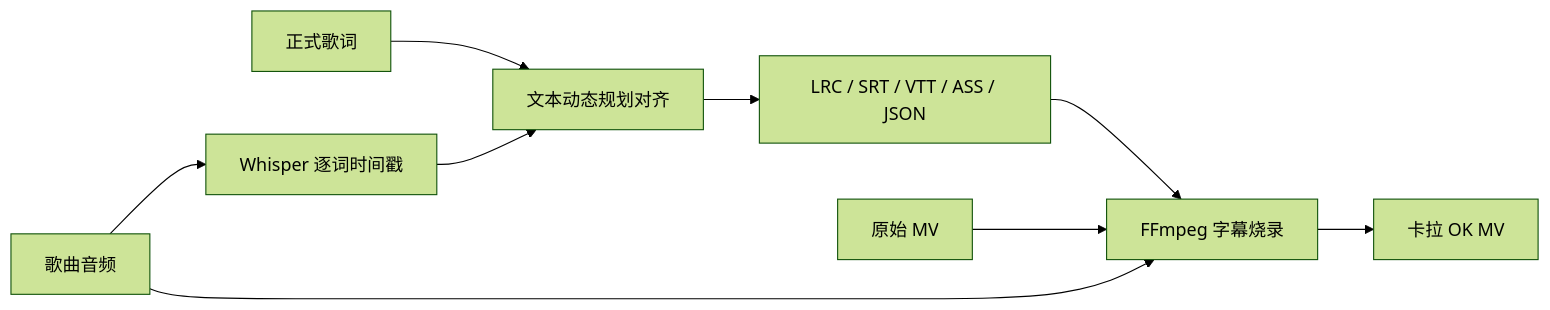
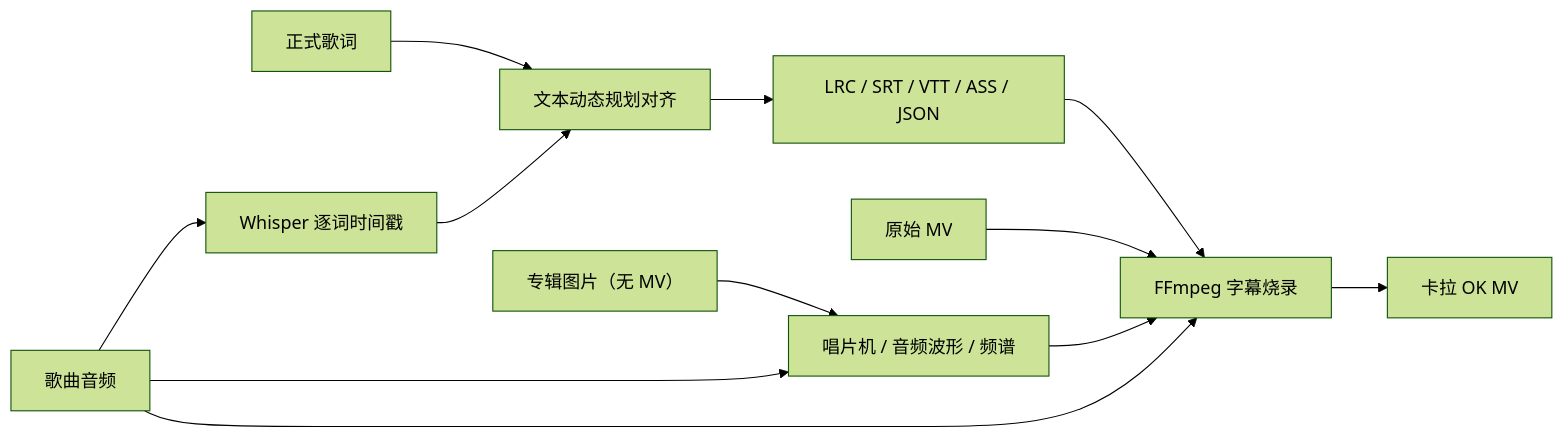
One commit to cf2xh123/karaoke-forge changed the diagram in README.md. Above: the diagram before and after it, drawn with Mermaid (forest theme). The commit also changed other lines of this file and 23 other files, not shown here.

````diff
--- a/README.md
+++ b/README.md
@@ -32,11 +37,14 @@
 ```mermaid
 flowchart LR
     A["歌曲音频"] --> B["Whisper 逐词时间戳"]
     C["正式歌词"] --> D["文本动态规划对齐"]
     B --> D
     D --> E["LRC / SRT / VTT / ASS / JSON"]
     E --> F["FFmpeg 字幕烧录"]
     G["原始 MV"] --> F
+    I["专辑图片（无 MV）"] --> J["唱片机 / 音频波形 / 频谱"]
+    A --> J
+    J --> F
     A --> F
     F --> H["卡拉 OK MV"]
 ```
````
